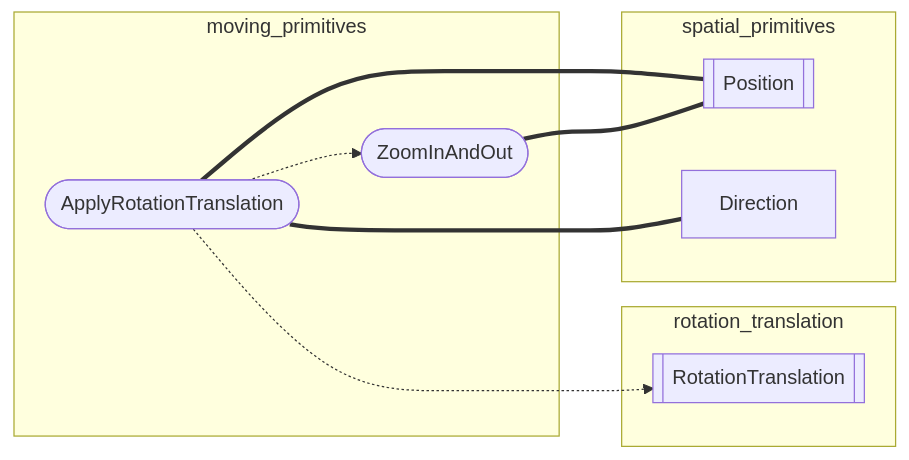
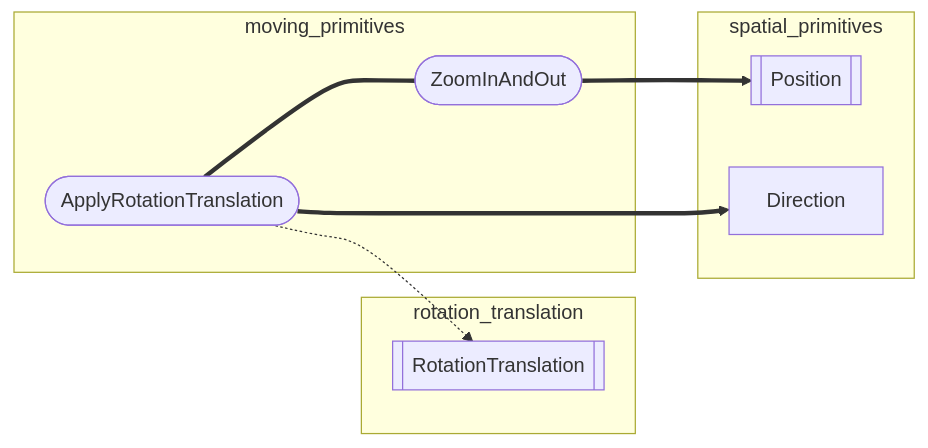
One commit to inesvar/tetris changed the second of 2 diagrams in src/app/player/back_end/flowgraph.md. Above: the diagram before and after it, drawn with Mermaid. The commit also changed other lines of this file and 3 other files, not shown here.

````diff
--- a/src/app/player/back_end/flowgraph.md
+++ b/src/app/player/back_end/flowgraph.md
@@ -59,35 +59,35 @@
 ```mermaid
 graph LR
     %% objects
     Position[[Position]]
     Direction[Direction]
     RotationTranslation[[RotationTranslation]]
     ApplyRotationTranslation([ApplyRotationTranslation])
     ZoomInAndOut([ZoomInAndOut])
 
     %% modules
     rotation_translation[rotation_translation]
     spatial_primitives[spatial_primitives]
     moving_primitives[moving_primitives]
 
     subgraph spatial_primitives
+        Direction
         Position
-        Direction
     end
 
     subgraph rotation_translation
         RotationTranslation
     end
 
     subgraph moving_primitives
         ApplyRotationTranslation
         ZoomInAndOut
     end
 
-    ZoomInAndOut === Position
-    ApplyRotationTranslation === Position & Direction
     ApplyRotationTranslation -.-> RotationTranslation
-    ApplyRotationTranslation -.-> ZoomInAndOut
+    ApplyRotationTranslation ==> Direction
+    ApplyRotationTranslation === ZoomInAndOut
+    ZoomInAndOut ==> Position
 
-    ZoomInAndOut ~~~ Direction & RotationTranslation
+    ZoomInAndOut ~~~ Direction
 ```
````
